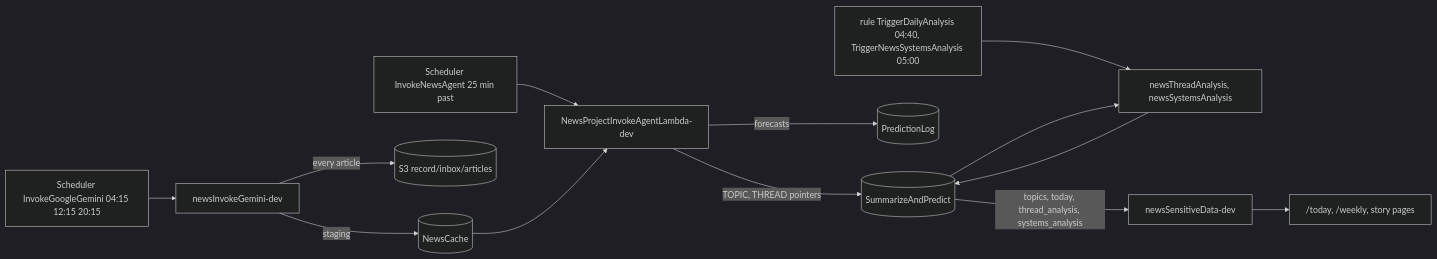
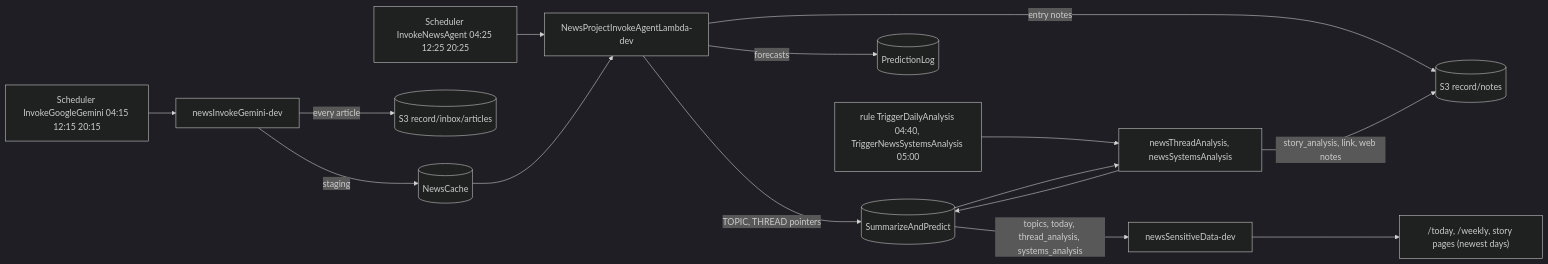
Before and after one commit to BenBen05059997/globalPerspective-v1: the third of 7 diagrams in project-docs/architecture/ARCHITECTURE.md, drawn with Mermaid (dark theme). The commit also changed other lines of this file, not shown here.

First line of the commit message:
ARCHITECTURE.md rewritten whole for the system as of 2026-10-31: record, refresh schedules, notes writers, briefs, economy gone

````diff
--- a/project-docs/architecture/ARCHITECTURE.md
+++ b/project-docs/architecture/ARCHITECTURE.md
@@ -140,15 +144,17 @@
 ```mermaid
 flowchart LR
   s1[Scheduler InvokeGoogleGemini 04:15 12:15 20:15] --> a[newsInvokeGemini-dev]
   a -->|staging| nc[(NewsCache)]
   a -->|every article| ib[(S3 record/inbox/articles)]
-  s2[Scheduler InvokeNewsAgent 25 min past] --> b[NewsProjectInvokeAgentLambda-dev]
+  s2[Scheduler InvokeNewsAgent 04:25 12:25 20:25] --> b[NewsProjectInvokeAgentLambda-dev]
   nc --> b
   b -->|TOPIC, THREAD pointers| sp[(SummarizeAndPredict)]
   b -->|forecasts| pl[(PredictionLog)]
+  b -->|entry notes| nt[(S3 record/notes)]
   s3[rule TriggerDailyAnalysis 04:40, TriggerNewsSystemsAnalysis 05:00] --> c[newsThreadAnalysis, newsSystemsAnalysis]
   sp --> c
   c --> sp
+  c -->|story_analysis, link, web notes| nt
   sp -->|topics, today, thread_analysis, systems_analysis| px[newsSensitiveData-dev]
-  px --> pg["/today, /weekly, story pages"]
+  px --> pg["/today, /weekly, story pages (newest days)"]
 ```
````
